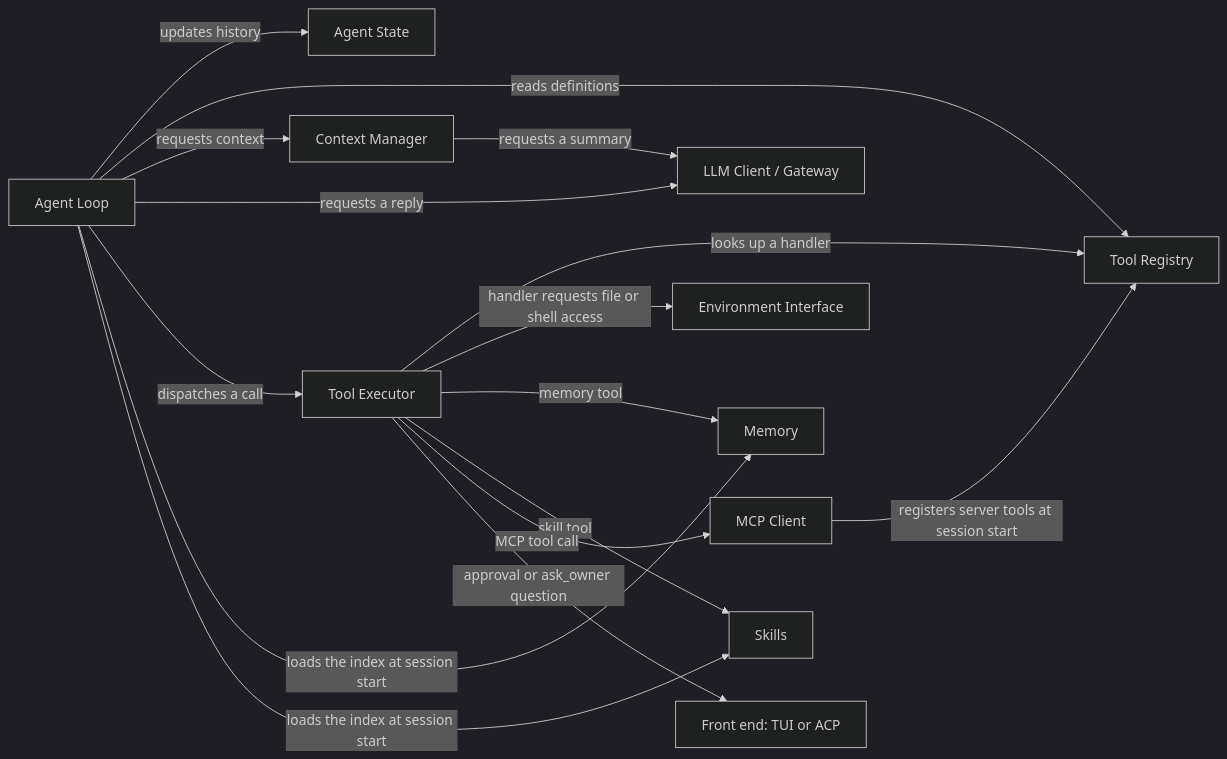
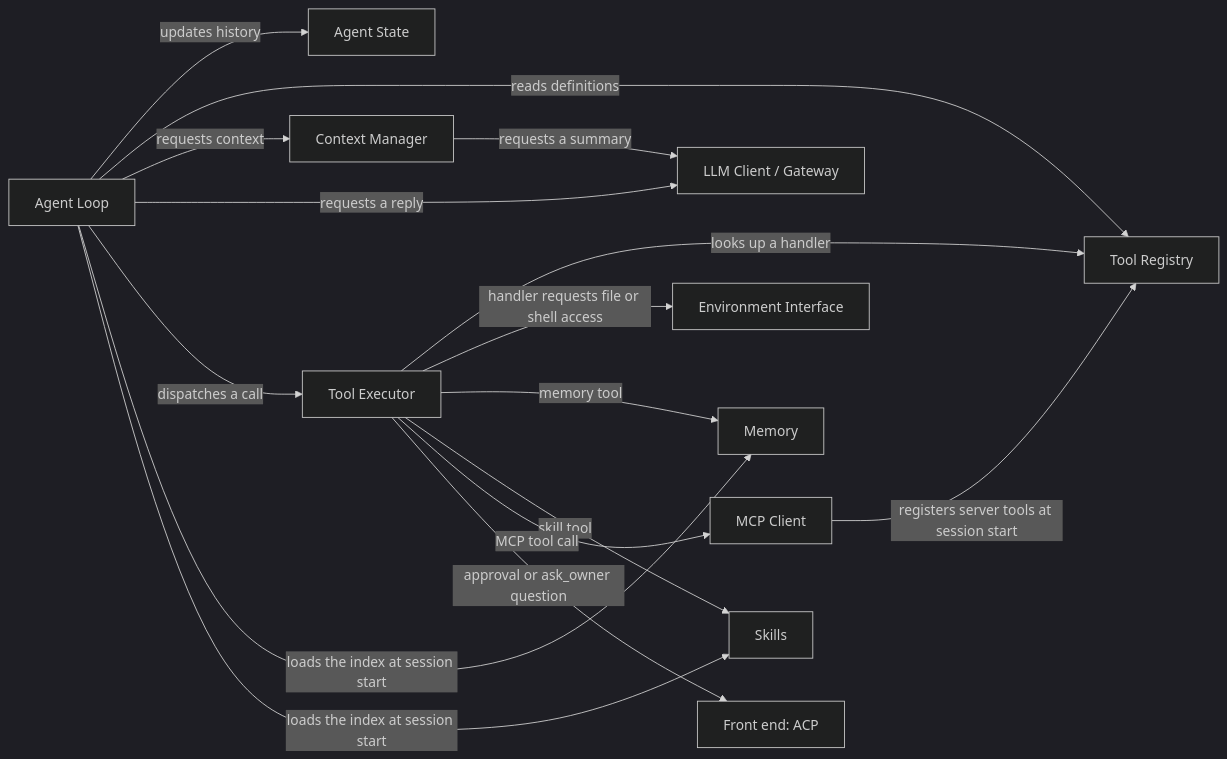
The diagram in docs/README.md (MJLiiii/Alyosha), drawn with Mermaid (dark theme) before and after one commit. The commit also changed other lines of this file and 38 other files, not shown here.

````diff
--- a/docs/README.md
+++ b/docs/README.md
@@ -94,18 +93,18 @@
 ```mermaid
 flowchart LR
     agentLoop["Agent Loop"] -->|updates history| state["Agent State"]
     agentLoop -->|reads definitions| registry["Tool Registry"]
     agentLoop -->|requests context| context["Context Manager"]
     agentLoop -->|requests a reply| client["LLM Client / Gateway"]
     context -->|requests a summary| client
     agentLoop -->|dispatches a call| executor["Tool Executor"]
     executor -->|looks up a handler| registry
     executor -->|handler requests file or shell access| env["Environment Interface"]
     agentLoop -->|loads the index at session start| memory["Memory"]
     executor -->|memory tool| memory
     agentLoop -->|loads the index at session start| skills["Skills"]
     executor -->|skill tool| skills
     mcp["MCP Client"] -->|registers server tools at session start| registry
     executor -->|MCP tool call| mcp
-    executor -->|approval or ask_owner question| frontend["Front end: TUI or ACP"]
+    executor -->|approval or ask_owner question| frontend["Front end: ACP"]
 ```
````
